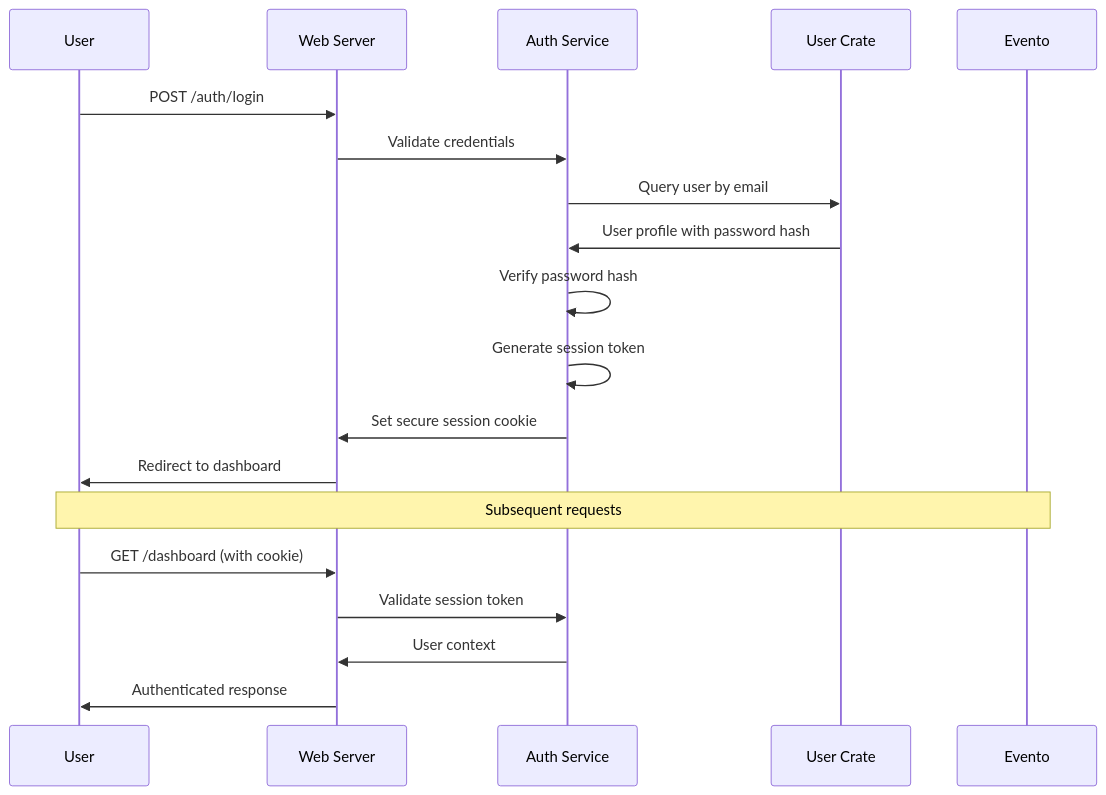
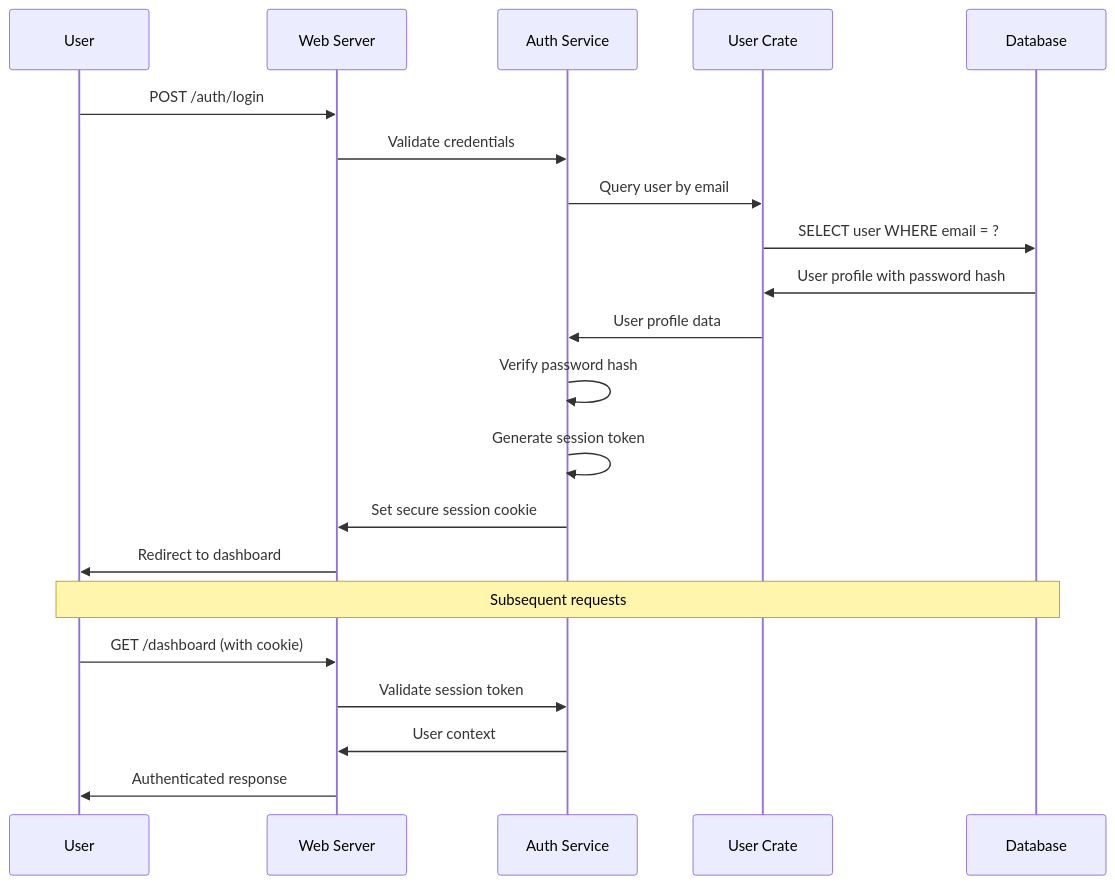
Before and after one commit to timayz/imkitchen: the diagram in docs/architecture/backend-architecture.md, drawn with Mermaid. The commit also changed other lines of this file and 57 other files, not shown here.

````diff
--- a/docs/architecture/backend-architecture.md
+++ b/docs/architecture/backend-architecture.md
@@ -129,23 +150,25 @@
 ```mermaid
 sequenceDiagram
     participant U as User
     participant W as Web Server
     participant A as Auth Service
     participant UC as User Crate
-    participant E as Evento
+    participant DB as Database
 
     U->>W: POST /auth/login
     W->>A: Validate credentials
     A->>UC: Query user by email
-    UC->>A: User profile with password hash
+    UC->>DB: SELECT user WHERE email = ?
+    DB->>UC: User profile with password hash
+    UC->>A: User profile data
     A->>A: Verify password hash
     A->>A: Generate session token
     A->>W: Set secure session cookie
     W->>U: Redirect to dashboard
     
-    Note over U,E: Subsequent requests
+    Note over U,DB: Subsequent requests
     U->>W: GET /dashboard (with cookie)
     W->>A: Validate session token
     A->>W: User context
     W->>U: Authenticated response
 ```
````
